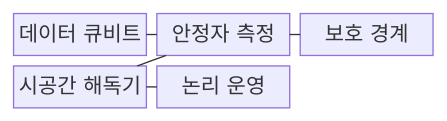
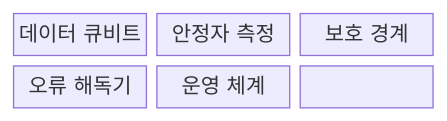
Before and after one commit to agnusdei1207/knowledge-base: the first of 2 diagrams in src/content/docs/notes/08-latest-tech/214_surface_code.md, drawn with Mermaid. The commit also changed other lines of this file and 228 other files, not shown here.

````diff
--- a/src/content/docs/notes/08-latest-tech/214_surface_code.md
+++ b/src/content/docs/notes/08-latest-tech/214_surface_code.md
@@ -50,13 +49,11 @@
 ```mermaid
 block-beta
   columns 3
-  A["데이터 큐비트"]
-  B["안정자 측정"]
-  C["보호 경계"]
-  D["시공간 해독기"]
-  E["논리 운영"]
-  A --- B
-  C --- B
-  B --- D
-  D --- E
+  N0["데이터 큐비트"]
+  N1["안정자 측정"]
+  N2["보호 경계"]
+  N3["오류 해독기"]
+  N4["운영 체계"]
+  N0 --- N1 --- N2
+  N2 --- N3 --- N4
 ```
````
